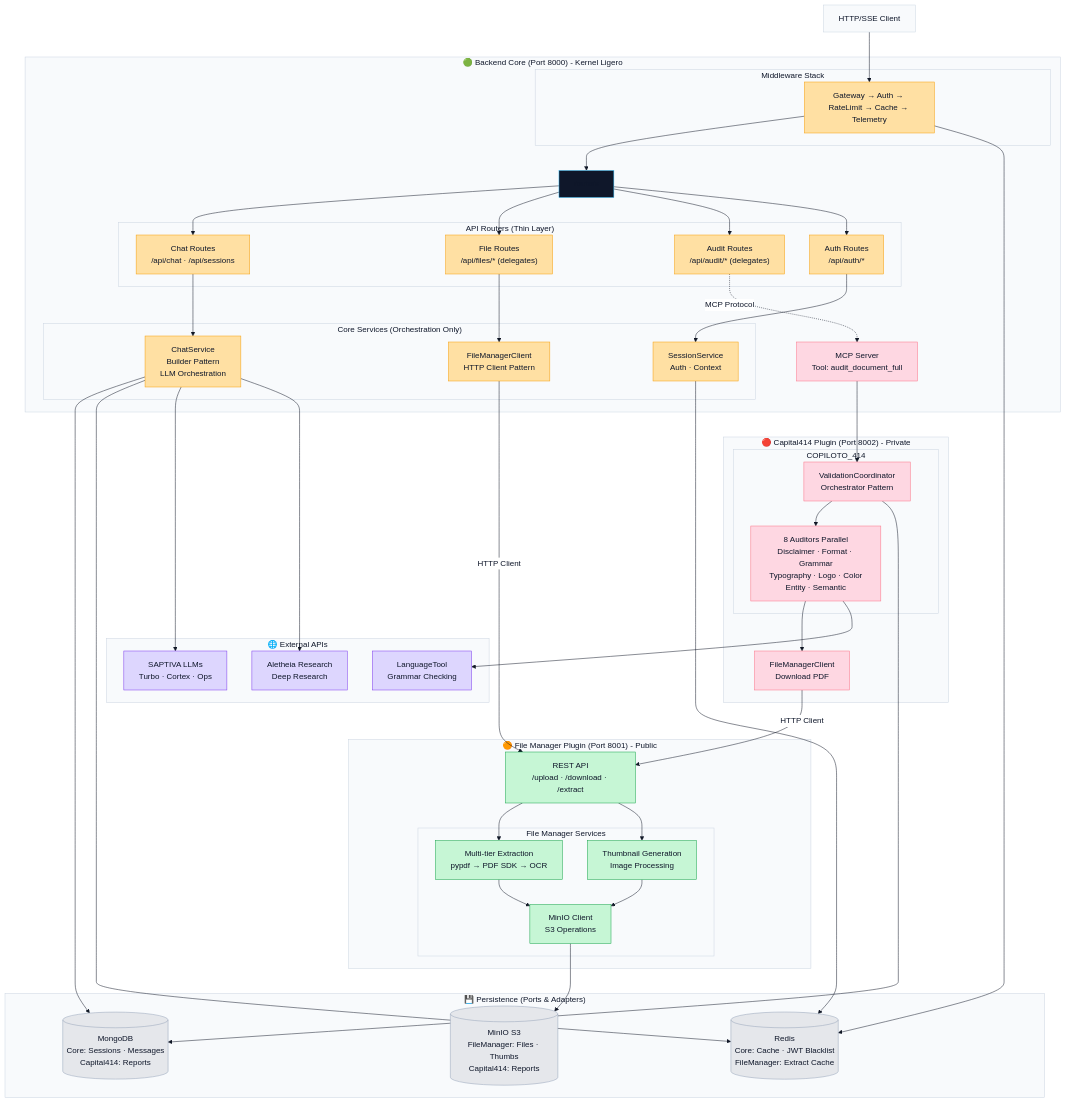
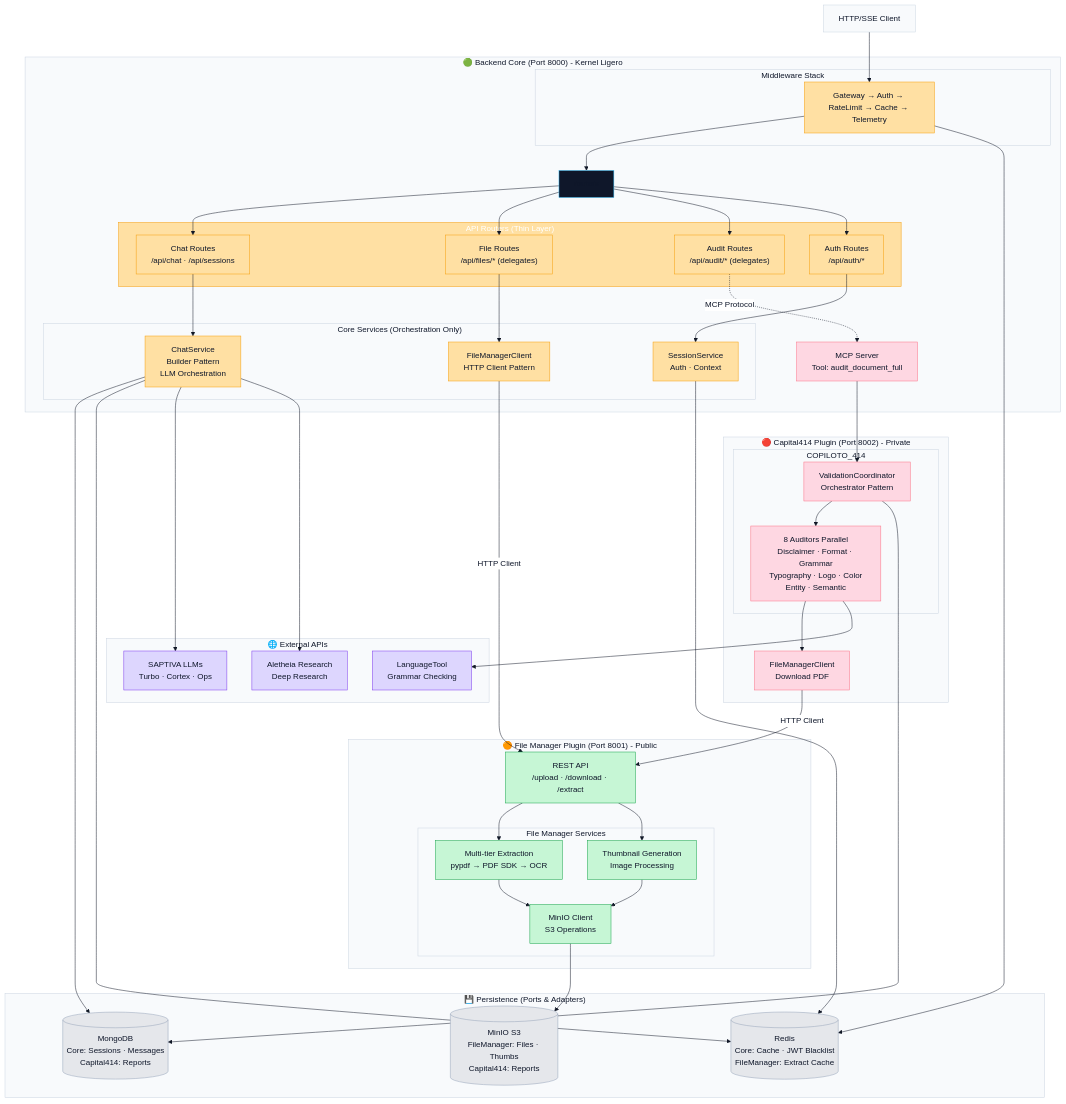
One commit to saptiva-ai/octavios-chat changed the sixth of 11 diagrams in README.md. Above: the diagram before and after it, drawn with Mermaid.

Commit message:
docs: highlight routers label in backend diagram

````diff
--- a/README.md
+++ b/README.md
@@ -969,10 +969,12 @@
     chat_svc --> aletheia
     auditores --> languagetool
 
+    class Routers routers;
     classDef core fill:#ffe0a3,stroke:#f59e0b,color:#0f172a;
     classDef plugin_public fill:#c6f6d5,stroke:#16a34a,color:#0f172a;
     classDef plugin_private fill:#fed7e2,stroke:#fb7185,color:#0f172a;
     classDef external fill:#ddd6fe,stroke:#7c3aed,color:#0f172a;
     classDef infra fill:#e5e7eb,stroke:#94a3b8,color:#0f172a;
     classDef gray fill:#f8fafc,stroke:#cbd5e1,color:#0f172a;
+    classDef routers fill:#ffe0a3,stroke:#f59e0b,color:#ffffff;
 ```
````
